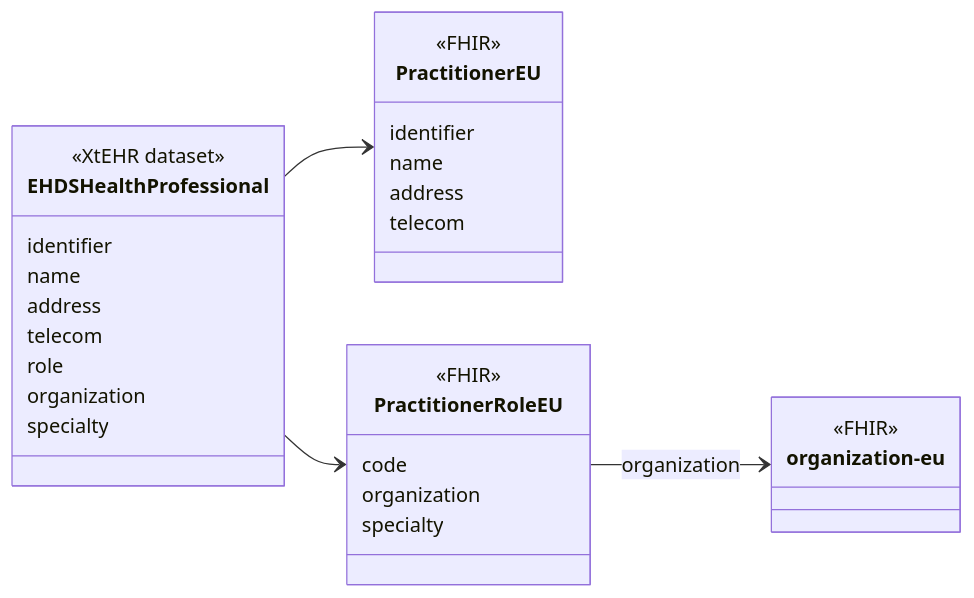
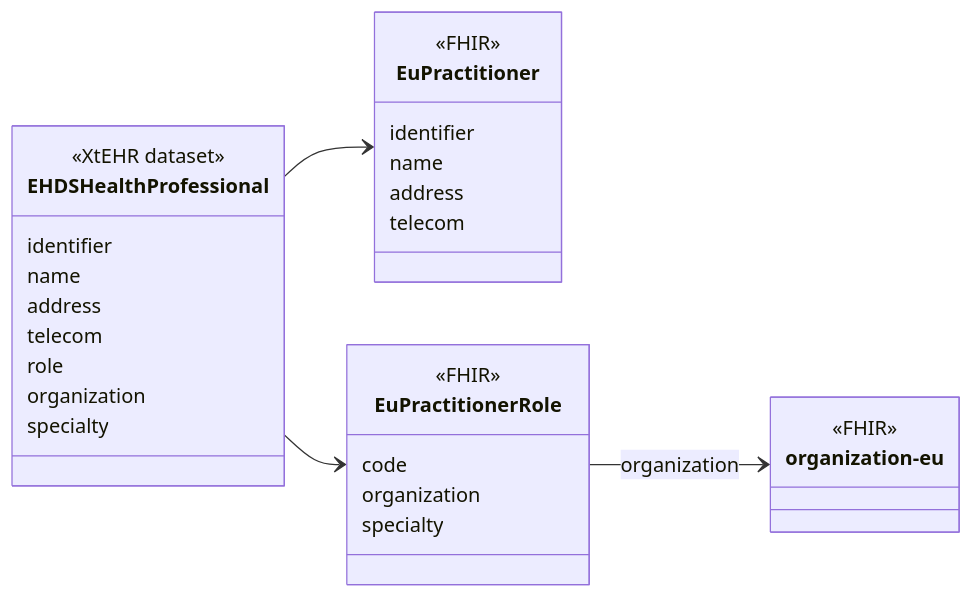
The diagram in new/input/intro-notes/ConceptMap-EHDSHealthProfessionalMap-intro.md (oijauregui/ehdsimaging), drawn with Mermaid before and after one commit. The commit also changed 162 other files, not shown here.

````diff
--- a/new/input/intro-notes/ConceptMap-EHDSHealthProfessionalMap-intro.md
+++ b/new/input/intro-notes/ConceptMap-EHDSHealthProfessionalMap-intro.md
@@ -5,36 +5,36 @@
 ```mermaid
 classDiagram
 direction LR
 class EHDSHealthProfessional {
   <<XtEHR dataset>>
   identifier
   name
   address
   telecom
   role
   organization
   specialty
 }
 link EHDSHealthProfessional "https://build.fhir.org/ig/Xt-EHR/xt-ehr-common/StructureDefinition-EHDSHealthProfessional.html"
-class PractitionerEU{
+class EuPractitioner{
   <<FHIR>>
   identifier
   name
   address
   telecom
 }
 
-class PractitionerRoleEU{
+class EuPractitionerRole{
   <<FHIR>>
   code
   organization
   specialty
 }
 
 class organization-eu {
   <<FHIR>>
 }
-EHDSHealthProfessional --> PractitionerEU
-EHDSHealthProfessional --> PractitionerRoleEU
-PractitionerRoleEU --> organization-eu : organization
+EHDSHealthProfessional --> EuPractitioner
+EHDSHealthProfessional --> EuPractitionerRole
+EuPractitionerRole --> organization-eu : organization
 ```
````
